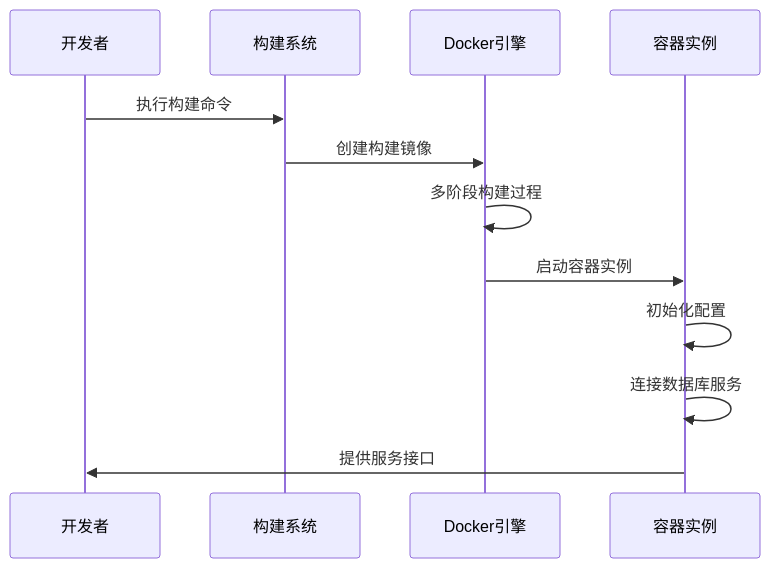
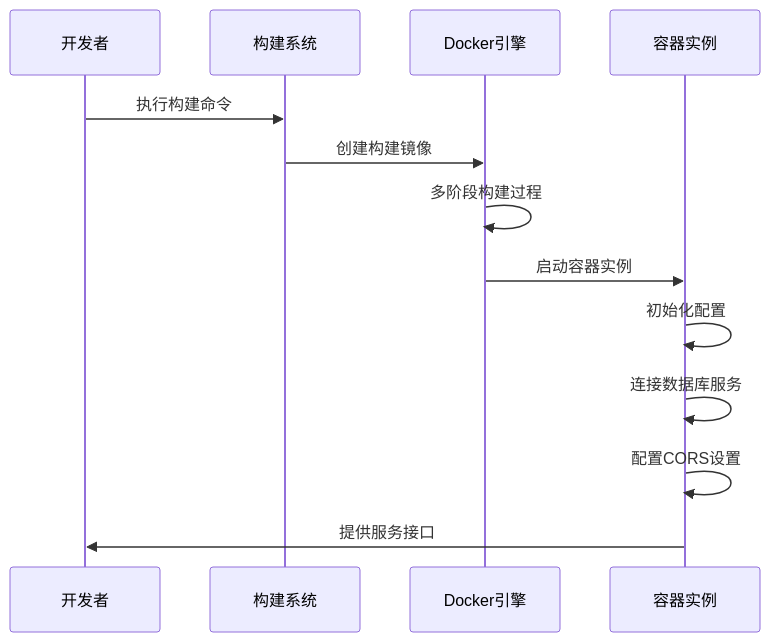
Before and after one commit to liuzh2008/med_ai_assistant_workspace: the third of 7 diagrams in .qoder/repowiki/zh/content/部署指南/测试服务器部署指南.md, drawn with Mermaid. The commit also changed other lines of this file and 3 other files, not shown here.

````diff
--- a/.qoder/repowiki/zh/content/部署指南/测试服务器部署指南.md
+++ b/.qoder/repowiki/zh/content/部署指南/测试服务器部署指南.md
@@ -171,14 +199,15 @@
 ```mermaid
 sequenceDiagram
 participant Dev as 开发者
 participant Build as 构建系统
 participant Docker as Docker引擎
 participant Container as 容器实例
 Dev->>Build : 执行构建命令
 Build->>Docker : 创建构建镜像
 Docker->>Docker : 多阶段构建过程
 Docker->>Container : 启动容器实例
 Container->>Container : 初始化配置
 Container->>Container : 连接数据库服务
+Container->>Container : 配置CORS设置
 Container->>Dev : 提供服务接口
 ```
````
